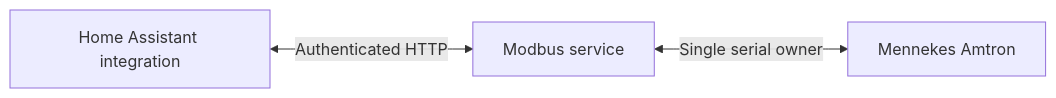
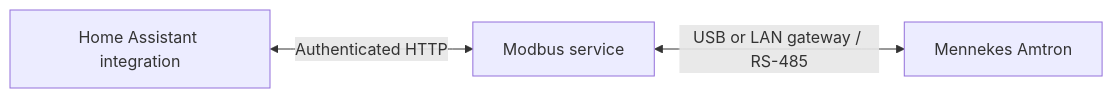
One commit to memphi2/ha-mennekes-amtron changed the diagram in docs/architecture.md. Above: the diagram before and after it, drawn with Mermaid. The commit also changed other lines of this file and 26 other files, not shown here.

Commit message:
docs: guide USB and LAN setups with HACS installation

````diff
--- a/docs/architecture.md
+++ b/docs/architecture.md
@@ -11,5 +11,5 @@
 ```mermaid
 flowchart LR
     HA[Home Assistant integration] <-->|Authenticated HTTP| Service[Modbus service]
-    Service <-->|Single serial owner| Wallbox[Mennekes Amtron]
+    Service <-->|USB or LAN gateway / RS-485| Wallbox[Mennekes Amtron]
 ```
````
